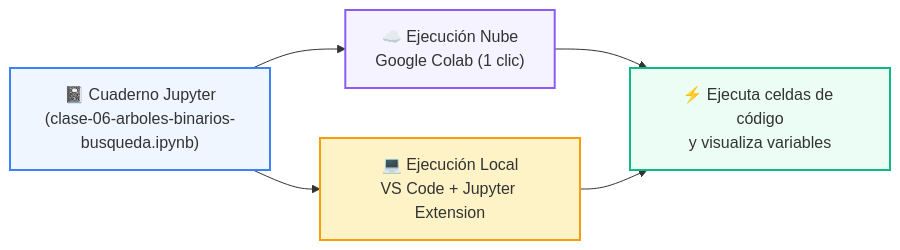
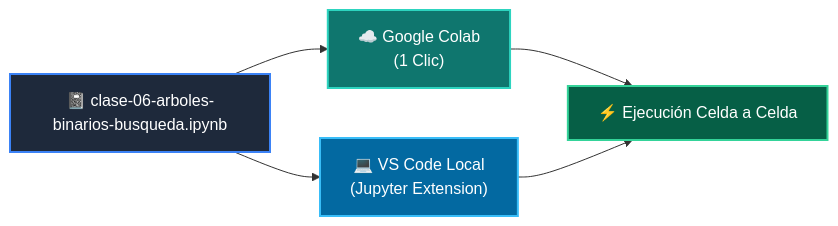
One commit to wisrovi/wisrovi-python changed the diagram in 02-algoritmos-estructuras/clase-06-arboles-binarios-busqueda/notebook/README.md. Above: the diagram before and after it, drawn with Mermaid. The commit also changed other lines of this file and 271 other files, not shown here.

Commit message:
docs: rewrite all README.md files with bespoke topic-specific Mermaid diagrams and remove repetitive boilerplate

````diff
--- a/02-algoritmos-estructuras/clase-06-arboles-binarios-busqueda/notebook/README.md
+++ b/02-algoritmos-estructuras/clase-06-arboles-binarios-busqueda/notebook/README.md
@@ -14,12 +12,12 @@
 ```mermaid
 flowchart LR
-    NB["📓 Cuaderno Jupyter<br/>(clase-06-arboles-binarios-busqueda.ipynb)"] --> COLAB["☁️ Ejecución Nube<br/>Google Colab (1 clic)"]
-    NB --> LOCAL["💻 Ejecución Local<br/>VS Code + Jupyter Extension"]
-    COLAB --> RUN["⚡ Ejecuta celdas de código<br/>y visualiza variables"]
+    NB["📓 clase-06-arboles-binarios-busqueda.ipynb"] --> COLAB["☁️ Google Colab<br/>(1 Clic)"]
+    NB --> LOCAL["💻 VS Code Local<br/>(Jupyter Extension)"]
+    COLAB --> RUN["⚡ Ejecución Celda a Celda"]
     LOCAL --> RUN
 
-    style NB fill:#eff6ff,stroke:#3b82f6,stroke-width:2px
-    style COLAB fill:#f5f3ff,stroke:#8b5cf6,stroke-width:2px
-    style LOCAL fill:#fef3c7,stroke:#f59e0b,stroke-width:2px
-    style RUN fill:#ecfdf5,stroke:#10b981,stroke-width:2px
+    style NB fill:#1e293b,color:#fff,stroke:#3b82f6,stroke-width:2px
+    style COLAB fill:#0f766e,color:#fff,stroke:#2dd4bf,stroke-width:2px
+    style LOCAL fill:#0369a1,color:#fff,stroke:#38bdf8,stroke-width:2px
+    style RUN fill:#065f46,color:#fff,stroke:#34d399,stroke-width:2px
 ```
````
